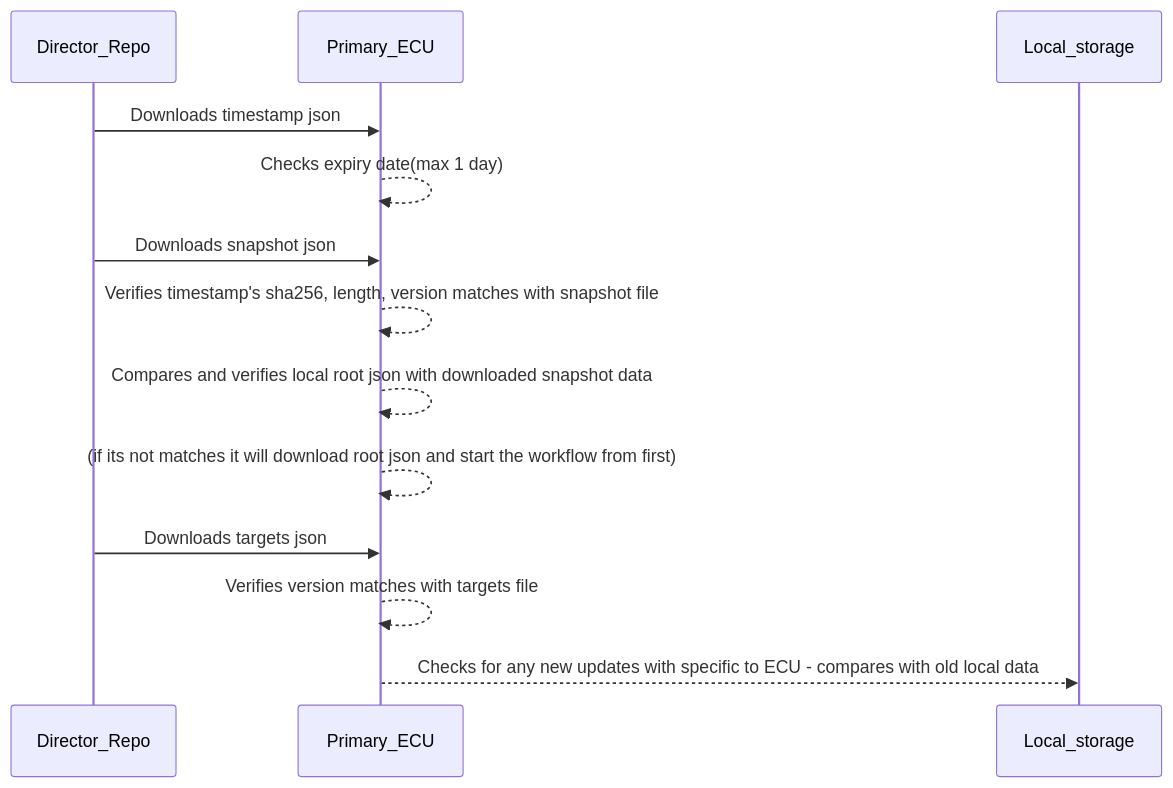
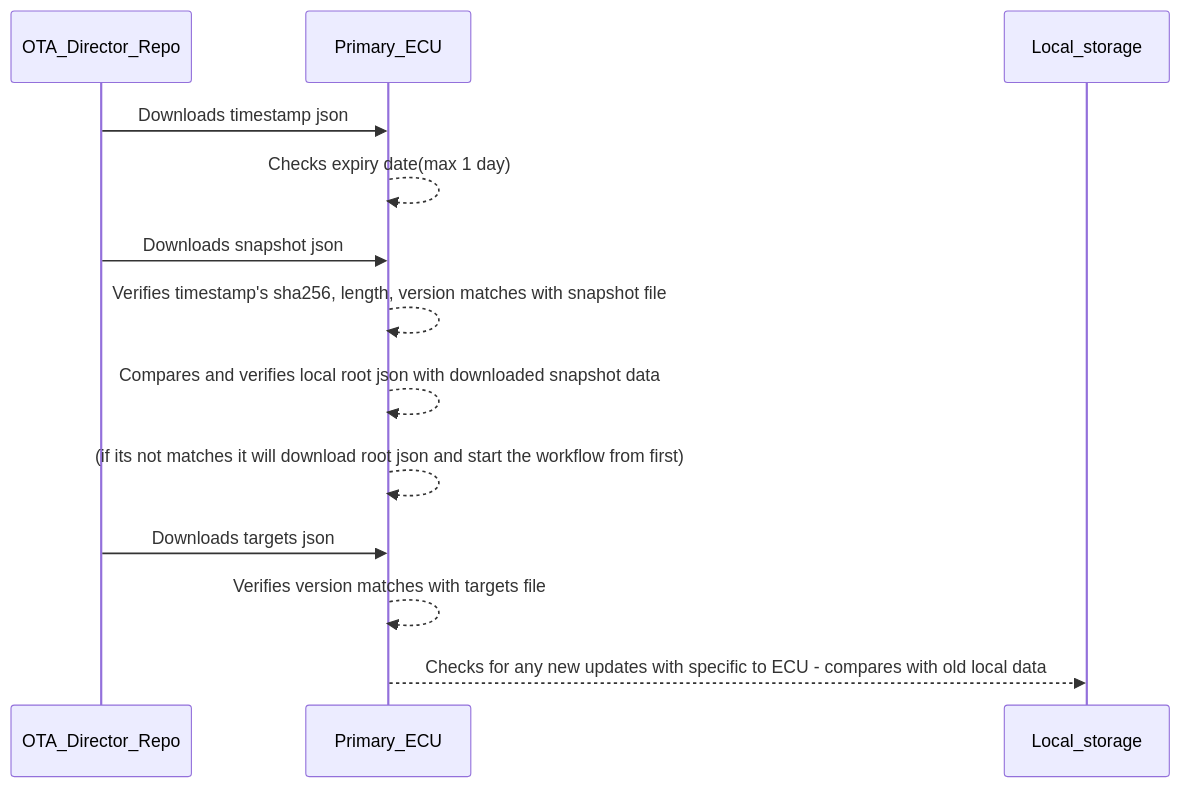
The fourth of 8 diagrams in uptane-workflows.md (yokesharun/uptane), drawn with Mermaid before and after one commit. The commit also changed other lines of this file, not shown here.

````diff
--- a/uptane-workflows.md
+++ b/uptane-workflows.md
@@ -33,12 +33,12 @@
 ```mermaid
 sequenceDiagram
-    Director_Repo->>Primary_ECU: Downloads timestamp json
+    OTA_Director_Repo->>Primary_ECU: Downloads timestamp json
     Primary_ECU-->>Primary_ECU: Checks expiry date(max 1 day)
-    Director_Repo->>Primary_ECU: Downloads snapshot json
+    OTA_Director_Repo->>Primary_ECU: Downloads snapshot json
     Primary_ECU-->>Primary_ECU: Verifies timestamp's sha256, length, version matches with snapshot file
     Primary_ECU-->>Primary_ECU: Compares and verifies local root json with downloaded snapshot data 
     Primary_ECU-->>Primary_ECU: (if its not matches it will download root json and start the workflow from first)
-    Director_Repo->>Primary_ECU: Downloads targets json
+    OTA_Director_Repo->>Primary_ECU: Downloads targets json
     Primary_ECU-->>Primary_ECU: Verifies version matches with targets file
     Primary_ECU-->>Local_storage: Checks for any new updates with specific to ECU - compares with old local data
 ```
````
